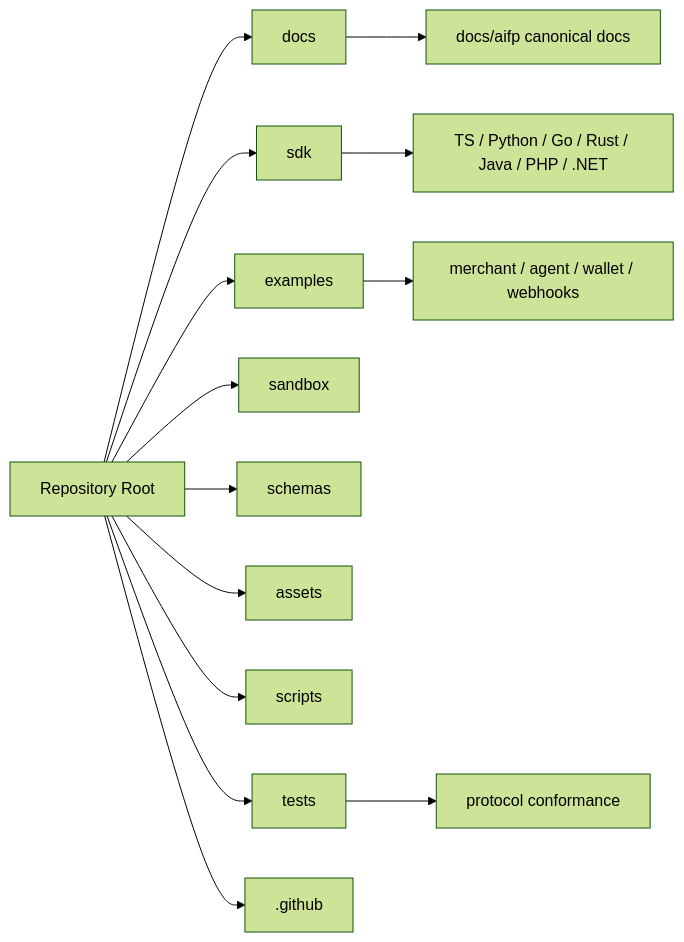
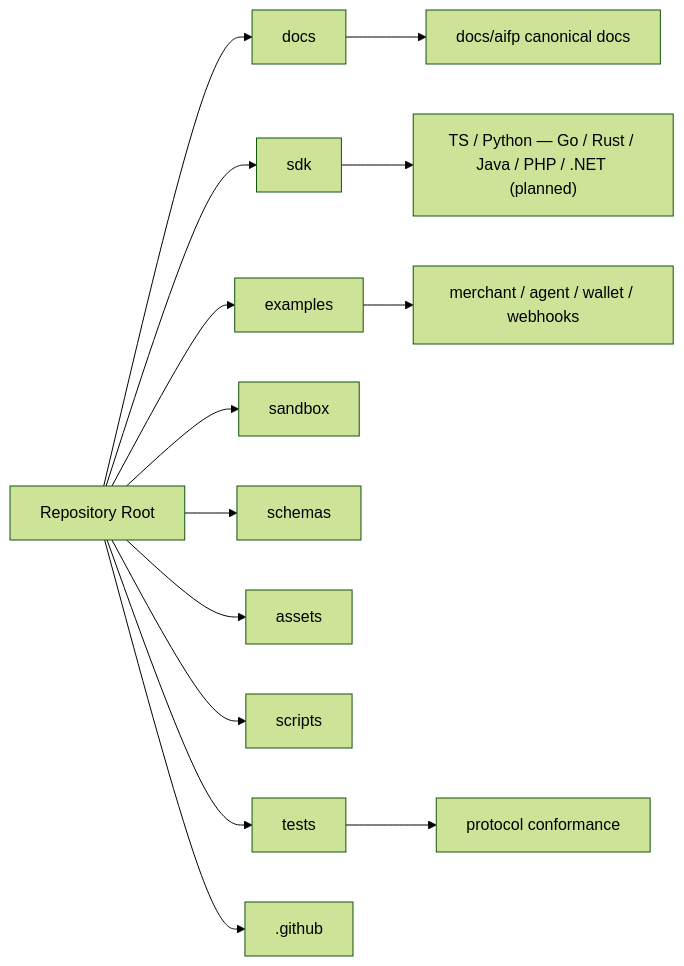
The second of 2 diagrams in docs/architecture.md (AiFinPay/Protocol-AIFP-1), drawn with Mermaid (forest theme) before and after one commit. The commit also changed 27 other files, not shown here.

````diff
--- a/docs/architecture.md
+++ b/docs/architecture.md
@@ -88,17 +88,17 @@
 ```mermaid
 flowchart LR
     Root["Repository Root"] --> Docs["docs"]
     Root --> SDK["sdk"]
     Root --> Examples["examples"]
     Root --> Sandbox["sandbox"]
     Root --> Schemas["schemas"]
     Root --> Assets["assets"]
     Root --> Scripts["scripts"]
     Root --> Tests["tests"]
     Root --> GitHub[".github"]
 
     Docs --> Canonical["docs/aifp canonical docs"]
-    SDK --> Languages["TS / Python / Go / Rust / Java / PHP / .NET"]
+    SDK --> Languages["TS / Python — Go / Rust / Java / PHP / .NET (planned)"]
     Examples --> Recipes["merchant / agent / wallet / webhooks"]
     Tests --> Conformance["protocol conformance"]
 ```
````
